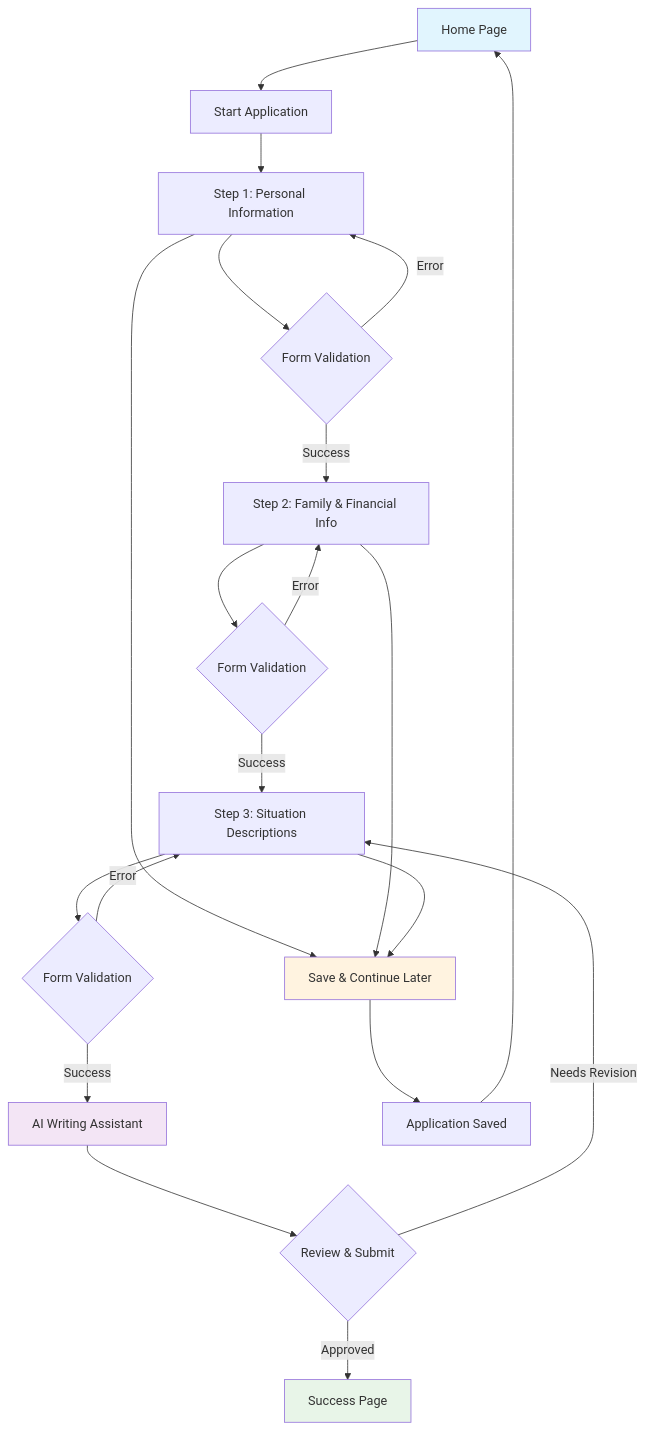
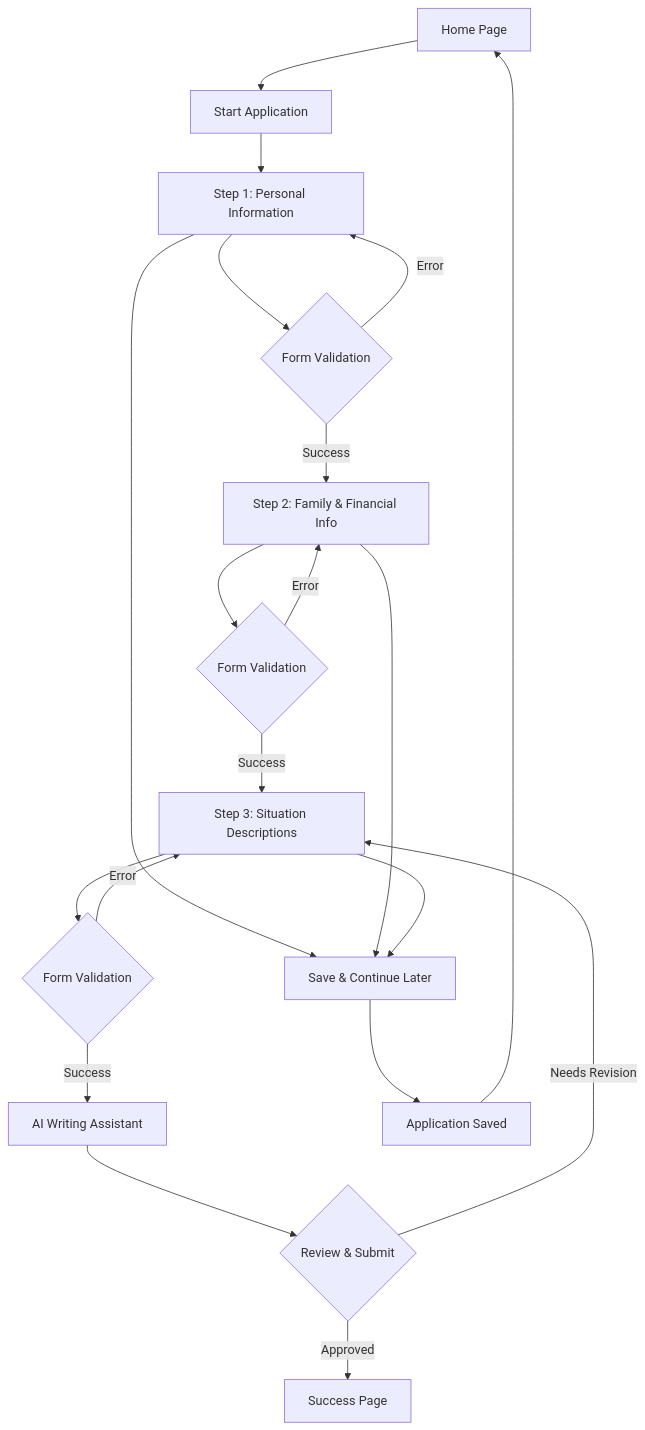
The diagram in README.md (mahmoud-mamdouh-matwaly/social-support-app), drawn with Mermaid before and after one commit.

````diff
--- a/README.md
+++ b/README.md
@@ -303,32 +303,27 @@
 ```mermaid
 graph TD
     A[Home Page] --> B[Start Application]
     B --> C[Step 1: Personal Information]
     
     C --> G{Form Validation}
     G -->|Success| D[Step 2: Family & Financial Info]
     G -->|Error| C
     
     D --> H{Form Validation}
     H -->|Success| E[Step 3: Situation Descriptions]
     H -->|Error| D
     
     E --> I{Form Validation}
     I -->|Success| F[AI Writing Assistant]
     I -->|Error| E
     
     F --> J{Review & Submit}
     J -->|Needs Revision| E
     J -->|Approved| K[Success Page]
     
     C --> L[Save & Continue Later]
     D --> L
     E --> L
     L --> M[Application Saved]
     M --> A
-    
-    style A fill:#e1f5fe
-    style K fill:#e8f5e8
-    style F fill:#f3e5f5
-    style L fill:#fff3e0
 ```
````
